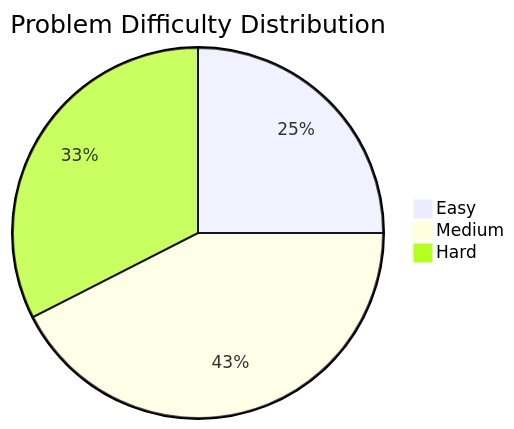
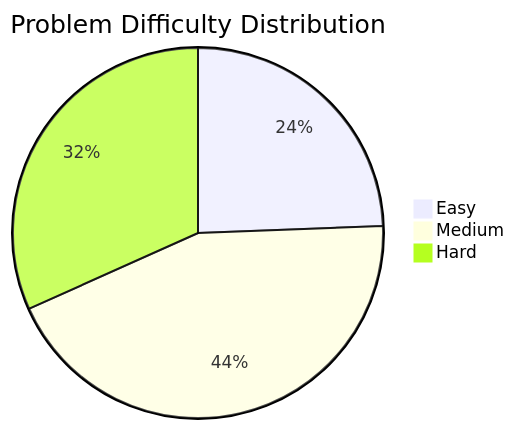
Before and after one commit to ernivani/leetcode-solutions: the first of 2 diagrams in JOURNAL.md, drawn with Mermaid. The commit also changed other lines of this file and 2 other files, not shown here.

````diff
--- a/JOURNAL.md
+++ b/JOURNAL.md
@@ -51,6 +52,6 @@
 ```mermaid
 pie title Problem Difficulty Distribution
     "Easy" : 10
-    "Medium" : 17
+    "Medium" : 18
     "Hard" : 13
 ```
````
